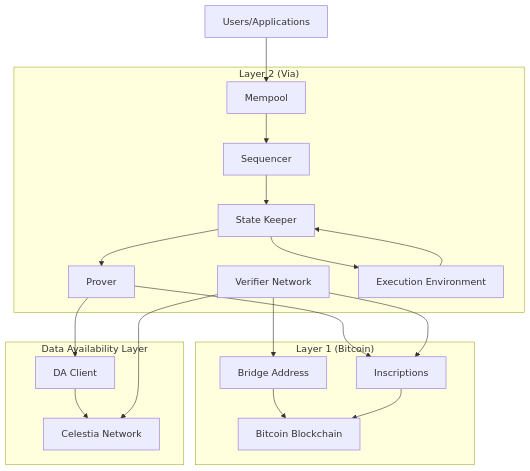
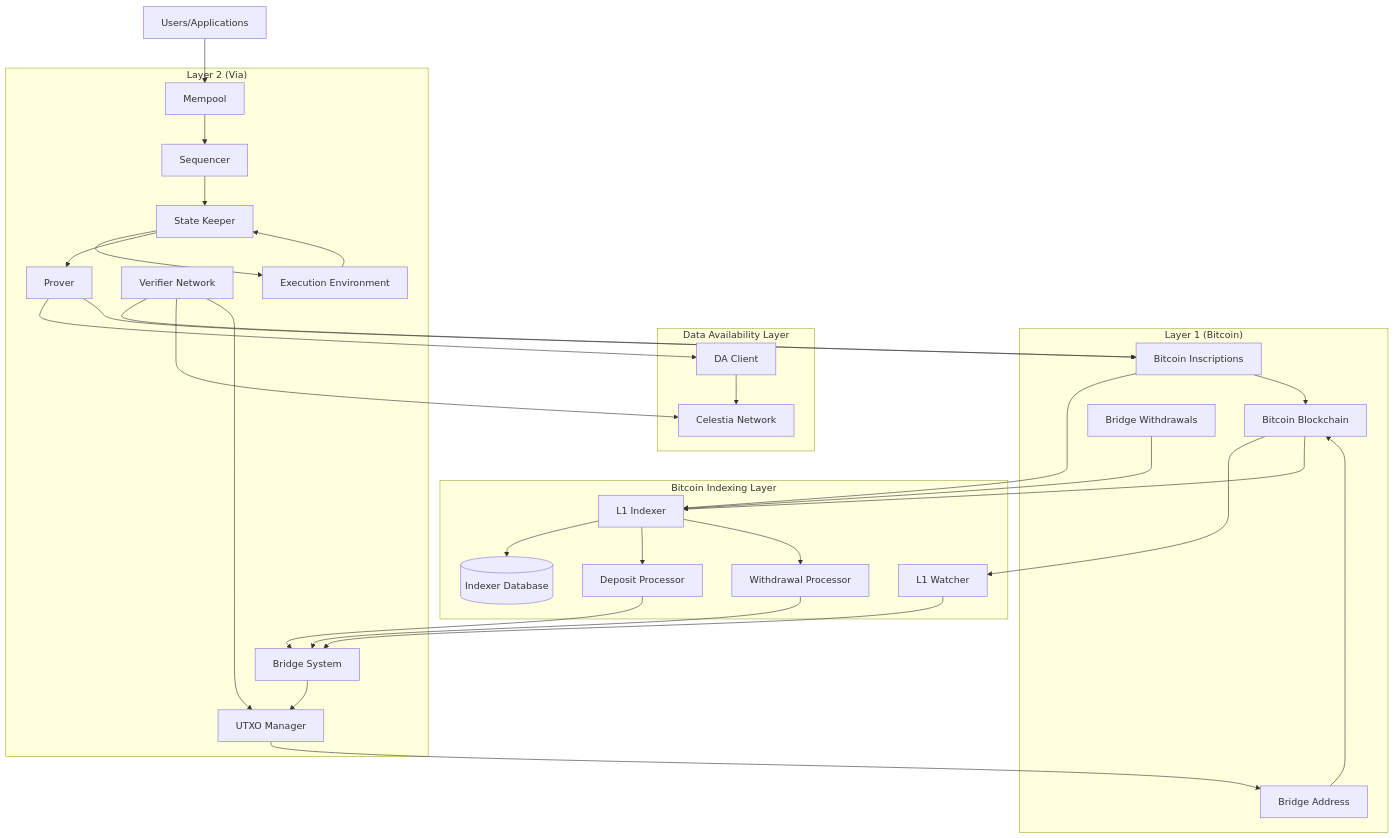
The first of 4 diagrams in architecture_overview.md (romanornr/via-core-docs), drawn with Mermaid before and after one commit. The commit also changed other lines of this file and 9 other files, not shown here.

````diff
--- a/architecture_overview.md
+++ b/architecture_overview.md
@@ -15,37 +21,60 @@
 ```mermaid
 graph TB
     subgraph "Layer 1 (Bitcoin)"
         BTC[Bitcoin Blockchain]
-        Inscriptions[Inscriptions]
+        Inscriptions[Bitcoin Inscriptions]
         BTCBridge[Bridge Address]
+        BridgeWithdrawals[Bridge Withdrawals]
     end
     
     subgraph "Data Availability Layer"
         Celestia[Celestia Network]
         DAClient[DA Client]
+    end
+    
+    subgraph "Bitcoin Indexing Layer"
+        L1Watcher[L1 Watcher]
+        L1Indexer[L1 Indexer]
+        IndexerDB[(Indexer Database)]
+        DepositProcessor[Deposit Processor]
+        WithdrawalProcessor[Withdrawal Processor]
     end
     
     subgraph "Layer 2 (Via)"
         Sequencer[Sequencer]
         Prover[Prover]
         VerifierNetwork[Verifier Network]
         StateKeeper[State Keeper]
         VM[Execution Environment]
         Mempool[Mempool]
+        Bridge[Bridge System]
+        UTXOManager[UTXO Manager]
     end
     
     Users[Users/Applications] --> Mempool
+    BTC --> L1Watcher
+    BTC --> L1Indexer
+    Inscriptions --> L1Indexer
+    BridgeWithdrawals --> L1Indexer
+    L1Indexer --> IndexerDB
+    L1Indexer --> DepositProcessor
+    L1Indexer --> WithdrawalProcessor
+    DepositProcessor --> Bridge
+    WithdrawalProcessor --> Bridge
+    L1Watcher --> Bridge
+    Bridge --> UTXOManager
     Mempool --> Sequencer
     Sequencer --> StateKeeper
     StateKeeper --> VM
     VM --> StateKeeper
     StateKeeper --> Prover
     Prover --> DAClient
     Prover --> Inscriptions
     DAClient --> Celestia
     VerifierNetwork --> Inscriptions
     VerifierNetwork --> Celestia
-    VerifierNetwork --> BTCBridge
+    VerifierNetwork --> UTXOManager
+    UTXOManager --> BTCBridge
     BTCBridge --> BTC
     Inscriptions --> BTC
 ```
````
